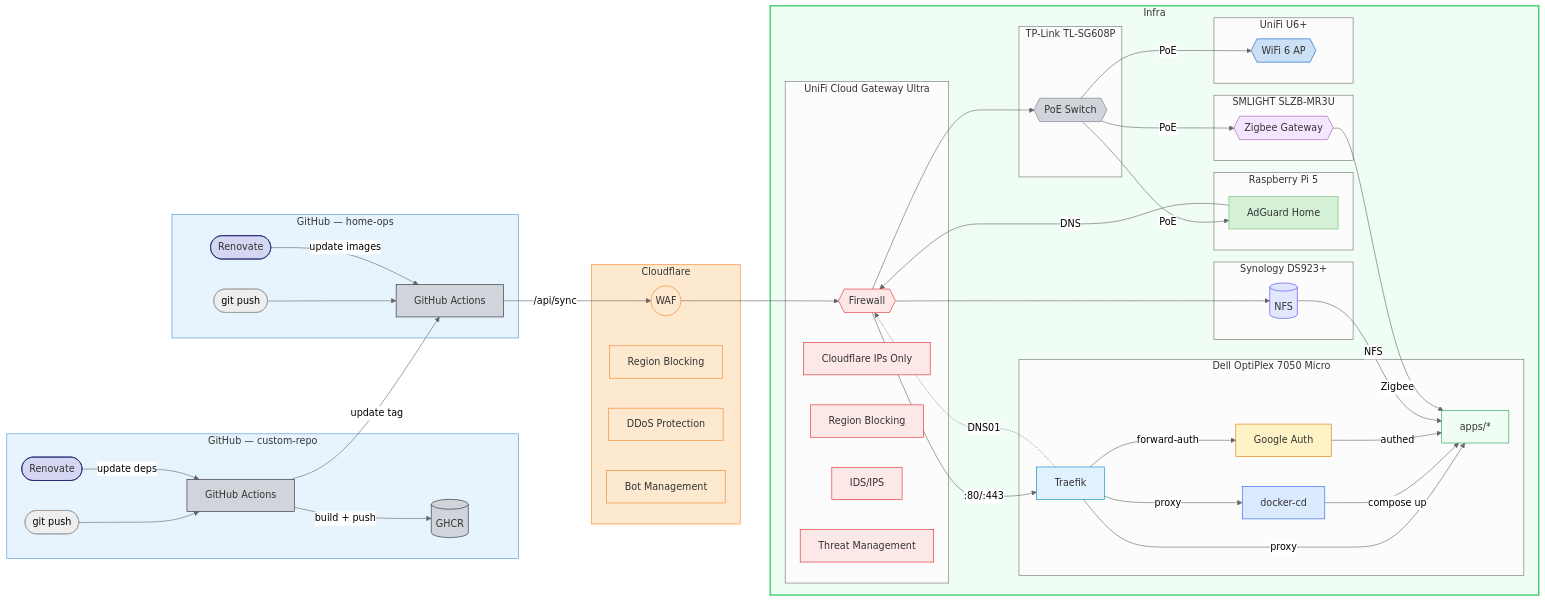
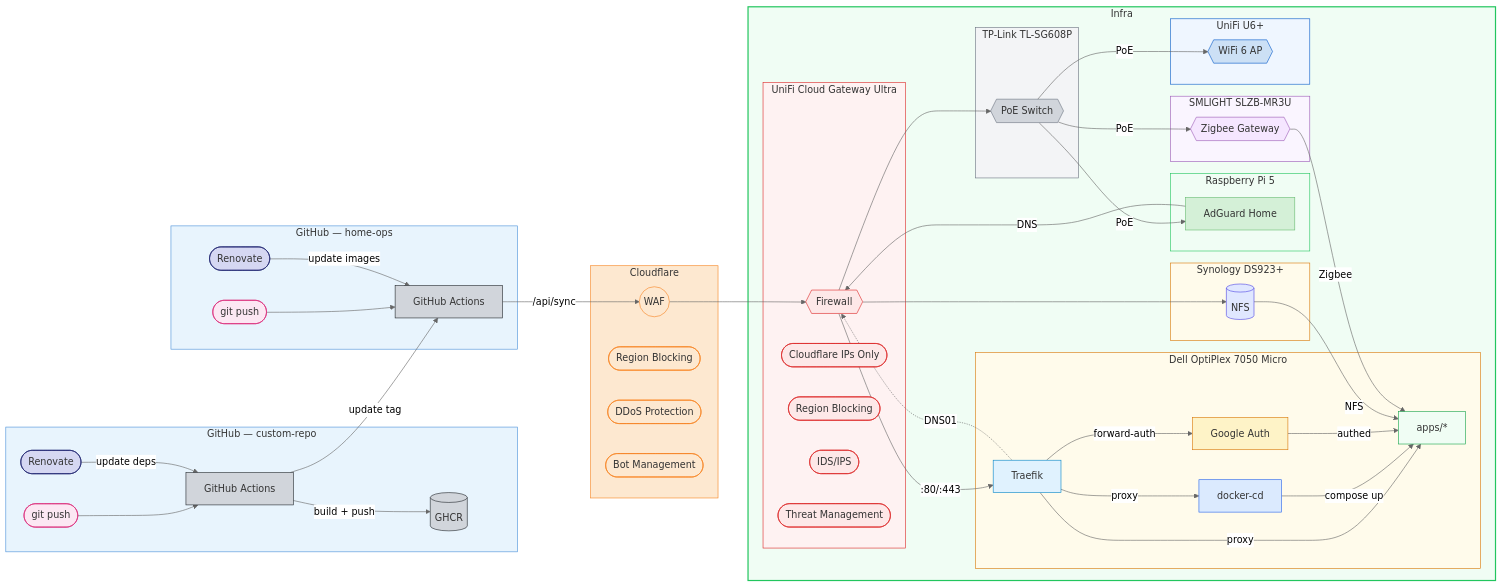
One commit to wajeht/home-ops changed the diagram in README.md. Above: the diagram before and after it, drawn with Mermaid (neutral theme).

Commit message:
docs: improve network diagram for better clarity

````diff
--- a/README.md
+++ b/README.md
@@ -37,9 +37,9 @@
 
     subgraph cloudflare[Cloudflare]
         cf((WAF))
-        cf_region[Region Blocking]
-        cf_ddos[DDoS Protection]
-        cf_bot[Bot Management]
+        cf_region([Region Blocking])
+        cf_ddos([DDoS Protection])
+        cf_bot([Bot Management])
     end
 
     subgraph infra[Infra]
@@ -55,10 +55,10 @@
 
         subgraph ucg[UniFi Cloud Gateway Ultra]
             unifi{{Firewall}}
-            ucg_cf[Cloudflare IPs Only]
-            ucg_region[Region Blocking]
-            ucg_ids[IDS/IPS]
-            ucg_threat[Threat Management]
+            ucg_cf([Cloudflare IPs Only])
+            ucg_region([Region Blocking])
+            ucg_ids([IDS/IPS])
+            ucg_threat([Threat Management])
         end
 
         subgraph pi[Raspberry Pi 5]
@@ -116,4 +116,13 @@
     style google_auth fill:#fef3c7,stroke:#d97706,color:#333
     style apps fill:#f0fdf4,stroke:#16a34a,color:#333
     style nfs fill:#e0e7ff,stroke:#4f46e5,color:#333
+    classDef trigger fill:#fce7f3,stroke:#db2777,color:#333
+    class app_push,ops_push trigger
+    style dell fill:#fffbeb,stroke:#d97706
+    style nas fill:#fffbeb,stroke:#d97706
+    style ucg fill:#fef2f2,stroke:#dc2626
+    style pi fill:#f0fdf4,stroke:#22c55e
+    style slzb fill:#faf5ff,stroke:#9b59b6
+    style tplink fill:#f3f4f6,stroke:#6b7280
+    style u6 fill:#eff6ff,stroke:#0559c9
 ```
````
